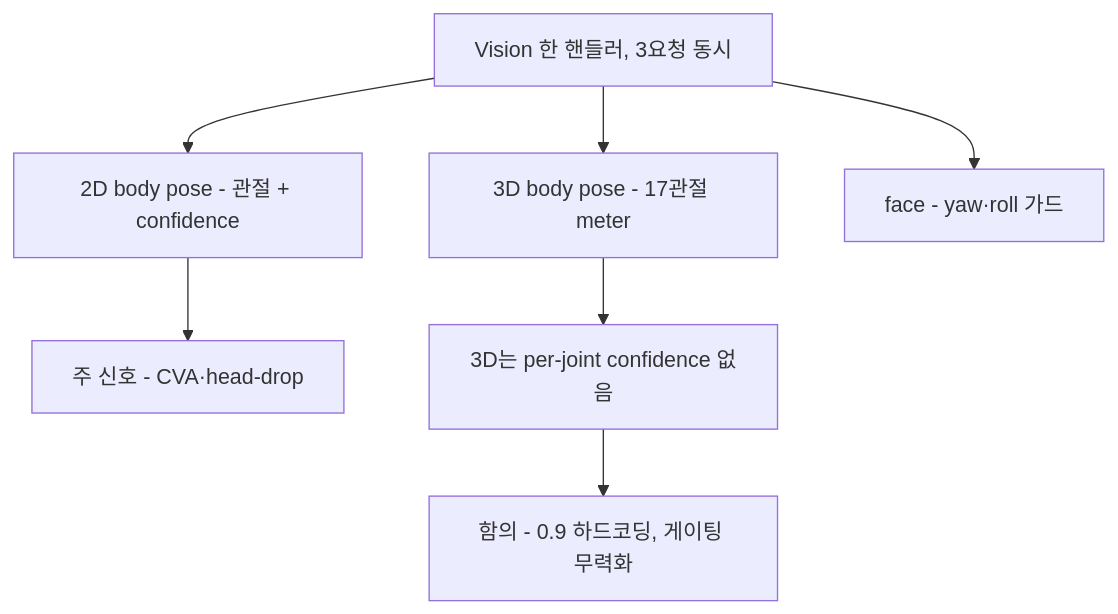
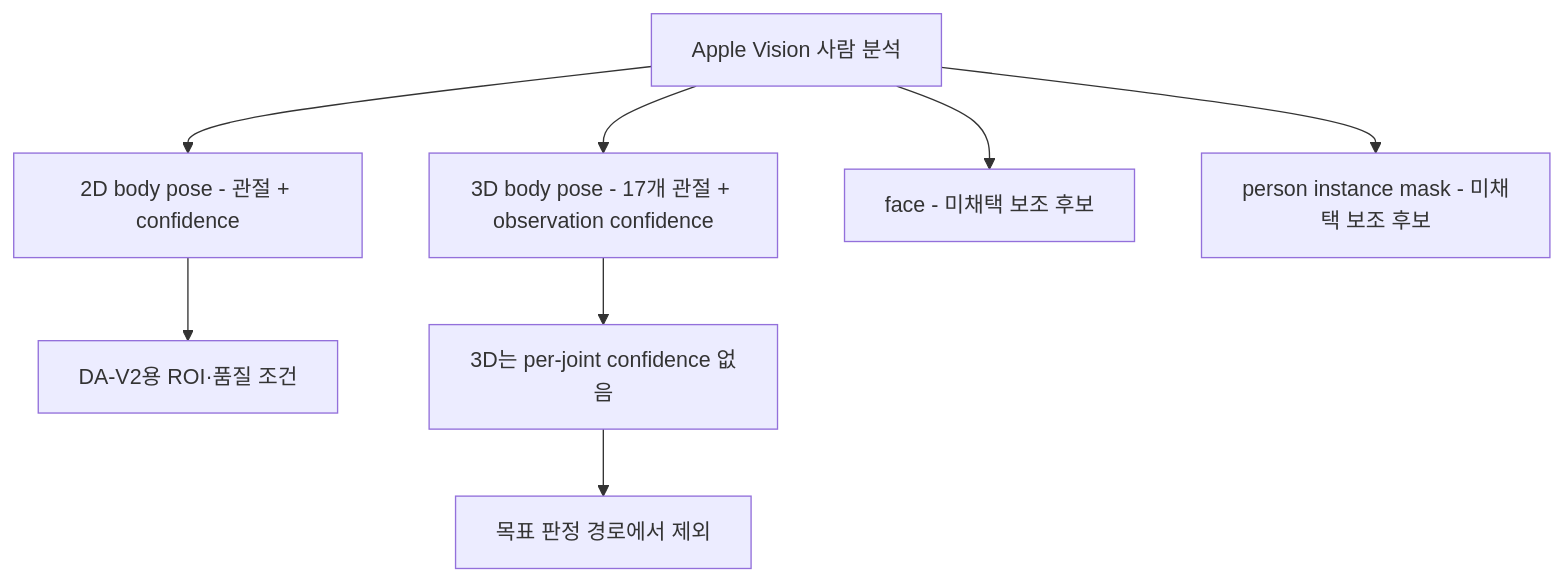
The diagram in docs/algorithm/apple-body-pose/README.md (kimchanhyung98/turtlemeck), drawn with Mermaid before and after one commit. The commit also changed other lines of this file and 40 other files, not shown here.

````diff
--- a/docs/algorithm/apple-body-pose/README.md
+++ b/docs/algorithm/apple-body-pose/README.md
@@ -5,10 +16,11 @@
 ```mermaid
 flowchart TD
-    H["Vision 한 핸들러, 3요청 동시"]
+    H["Apple Vision 사람 분석"]
     H --> B2["2D body pose - 관절 + confidence"]
-    H --> B3["3D body pose - 17관절 meter"]
-    H --> FA["face - yaw·roll 가드"]
-    B2 --> M2["주 신호 - CVA·head-drop"]
+    H --> B3["3D body pose - 17개 관절 + observation confidence"]
+    H --> FA["face - 미채택 보조 후보"]
+    H --> MASK["person instance mask - 미채택 보조 후보"]
+    B2 --> M2["DA-V2용 ROI·품질 조건"]
     B3 --> K2["3D는 per-joint confidence 없음"]
-    K2 --> G["함의 - 0.9 하드코딩, 게이팅 무력화"]
+    K2 --> G["목표 판정 경로에서 제외"]
 ```
````
